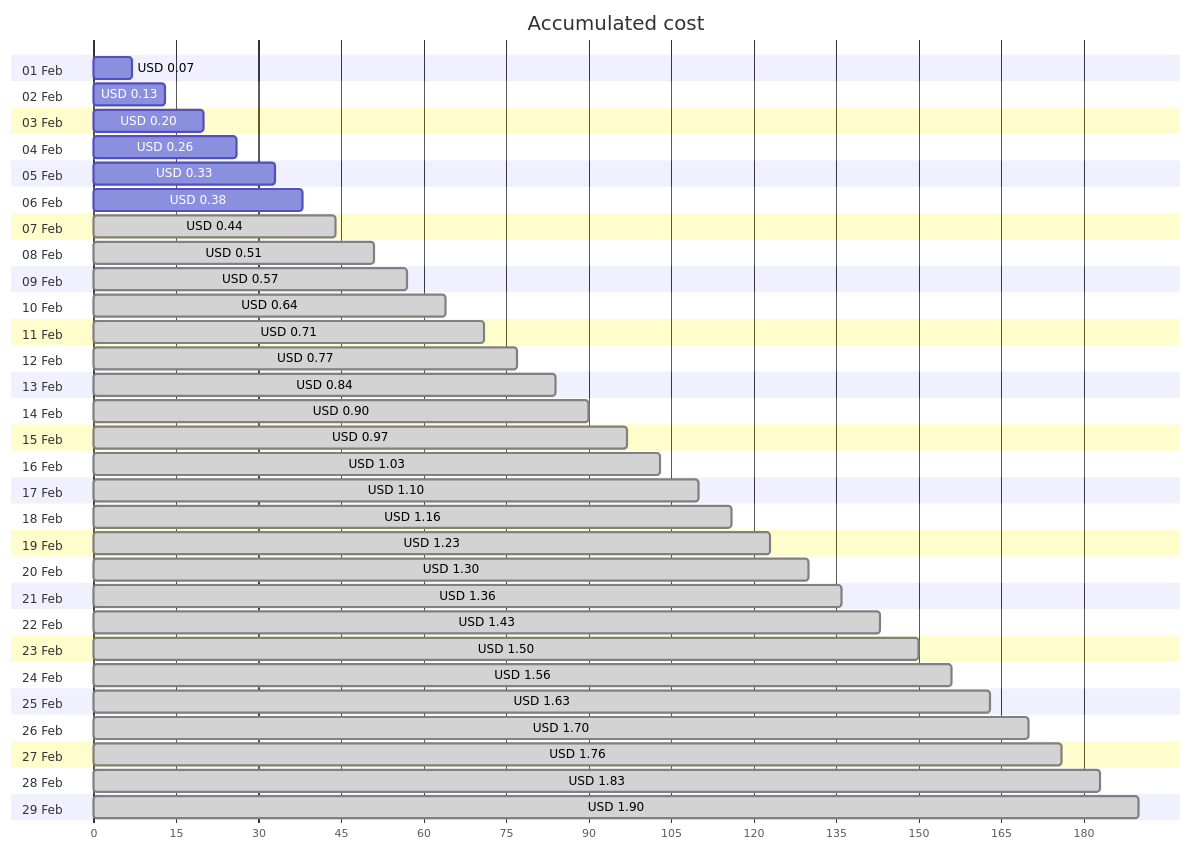
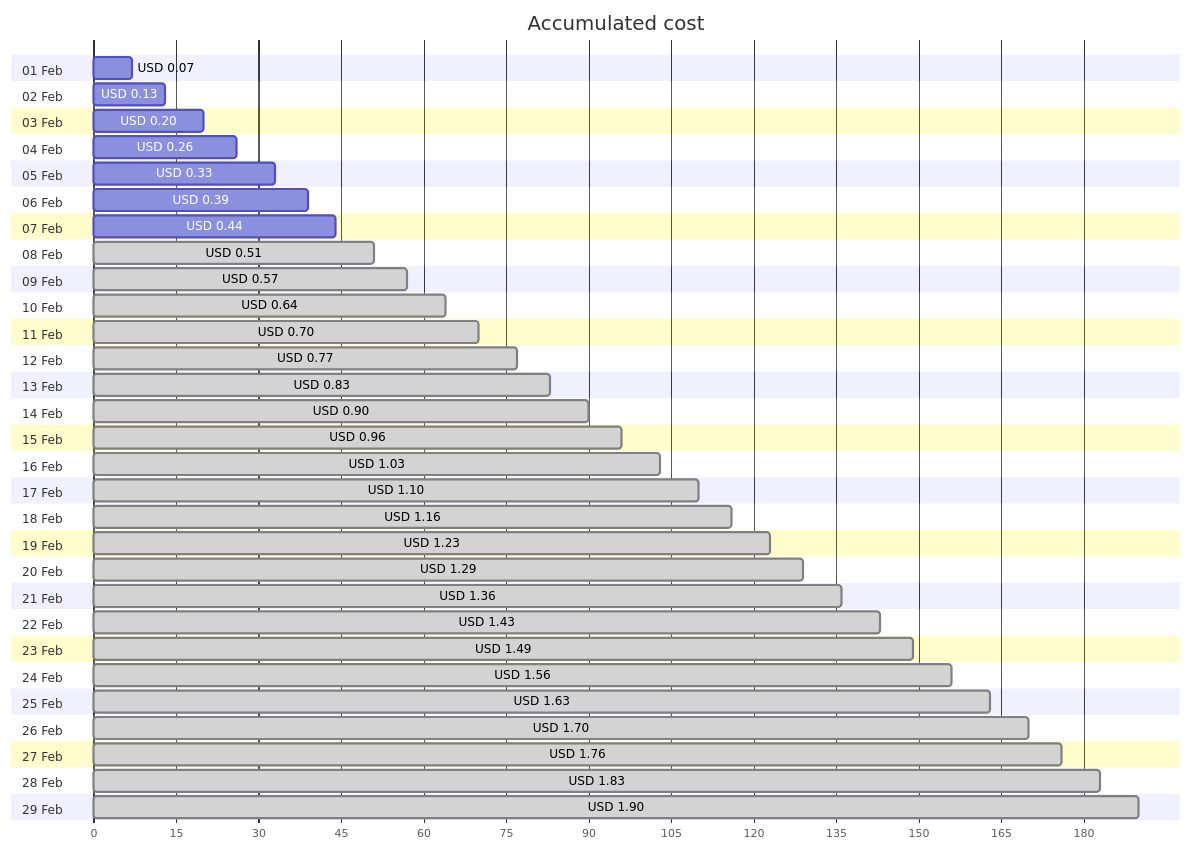
One commit to jpfulton/azure-personal-reports changed the first of 4 diagrams in cost-reports/personal-network/vpn-server_OsDisk.md. Above: the diagram before and after it, drawn with Mermaid. The commit also changed other lines of this file and 7 other files, not shown here.

````diff
--- a/cost-reports/personal-network/vpn-server_OsDisk.md
+++ b/cost-reports/personal-network/vpn-server_OsDisk.md
@@ -20,64 +20,64 @@
 ```mermaid
 gantt
    title Accumulated cost
    dateFormat  X
    axisFormat %s
    section 01 Feb
    USD 0.07 :0, 7
    section 02 Feb
    USD 0.13 :0, 13
    section 03 Feb
    USD 0.20 :0, 20
    section 04 Feb
    USD 0.26 :0, 26
    section 05 Feb
    USD 0.33 :0, 33
    section 06 Feb
-   USD 0.38 :0, 38
+   USD 0.39 :0, 39
    section 07 Feb
-   USD 0.44 : done, 0, 44
+   USD 0.44 :0, 44
    section 08 Feb
    USD 0.51 : done, 0, 51
    section 09 Feb
    USD 0.57 : done, 0, 57
    section 10 Feb
    USD 0.64 : done, 0, 64
    section 11 Feb
-   USD 0.71 : done, 0, 71
+   USD 0.70 : done, 0, 70
    section 12 Feb
    USD 0.77 : done, 0, 77
    section 13 Feb
-   USD 0.84 : done, 0, 84
+   USD 0.83 : done, 0, 83
    section 14 Feb
    USD 0.90 : done, 0, 90
    section 15 Feb
-   USD 0.97 : done, 0, 97
+   USD 0.96 : done, 0, 96
    section 16 Feb
    USD 1.03 : done, 0, 103
    section 17 Feb
    USD 1.10 : done, 0, 110
    section 18 Feb
    USD 1.16 : done, 0, 116
    section 19 Feb
    USD 1.23 : done, 0, 123
    section 20 Feb
-   USD 1.30 : done, 0, 130
+   USD 1.29 : done, 0, 129
    section 21 Feb
    USD 1.36 : done, 0, 136
    section 22 Feb
    USD 1.43 : done, 0, 143
    section 23 Feb
-   USD 1.50 : done, 0, 150
+   USD 1.49 : done, 0, 149
    section 24 Feb
    USD 1.56 : done, 0, 156
    section 25 Feb
    USD 1.63 : done, 0, 163
    section 26 Feb
    USD 1.70 : done, 0, 170
    section 27 Feb
    USD 1.76 : done, 0, 176
    section 28 Feb
    USD 1.83 : done, 0, 183
    section 29 Feb
    USD 1.90 : done, 0, 190
 ```
````
